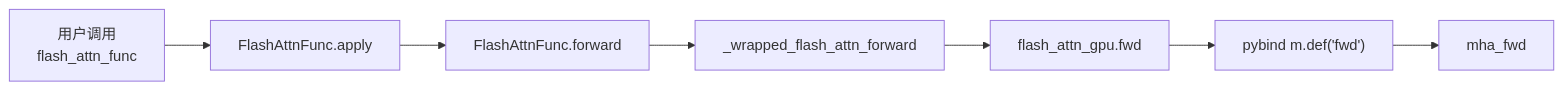
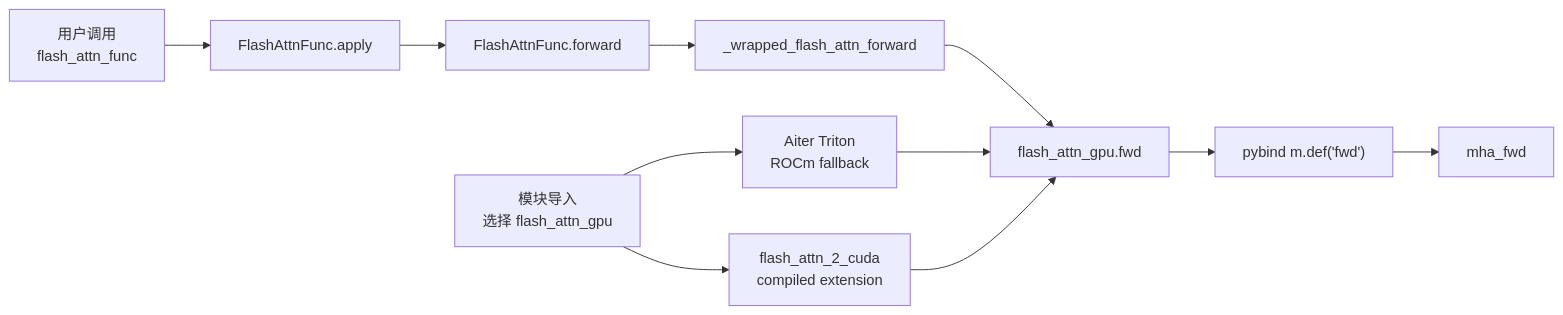
One commit to OnlyHero5/sglang-reading-vault changed the diagram in flash-attn_reading/Python与绑定/Python-API/FlashAttention-Python-API-源码走读.md. Above: the diagram before and after it, drawn with Mermaid. The commit also changed other lines of this file and 512 other files, not shown here.

````diff
--- a/flash-attn_reading/Python与绑定/Python-API/FlashAttention-Python-API-源码走读.md
+++ b/flash-attn_reading/Python与绑定/Python-API/FlashAttention-Python-API-源码走读.md
@@ -40,11 +41,18 @@
 ```mermaid
 flowchart LR
+    IMPORT["模块导入<br/>选择 flash_attn_gpu"]
+    TRITON["Aiter Triton<br/>ROCm fallback"]
+    CUDAEXT["flash_attn_2_cuda<br/>compiled extension"]
     USER["用户调用<br/>flash_attn_func"]
     FUNC["FlashAttnFunc.apply"]
     FWD["FlashAttnFunc.forward"]
     WRAP["_wrapped_flash_attn_forward"]
     EXT["flash_attn_gpu.fwd"]
     BIND["pybind m.def('fwd')"]
     CPP["mha_fwd"]
-    USER --> FUNC --> FWD --> WRAP --> EXT --> BIND --> CPP
+    IMPORT --> TRITON
+    IMPORT --> CUDAEXT
+    USER --> FUNC --> FWD --> WRAP --> EXT
+    TRITON --> EXT
+    CUDAEXT --> EXT --> BIND --> CPP
 ```
````
